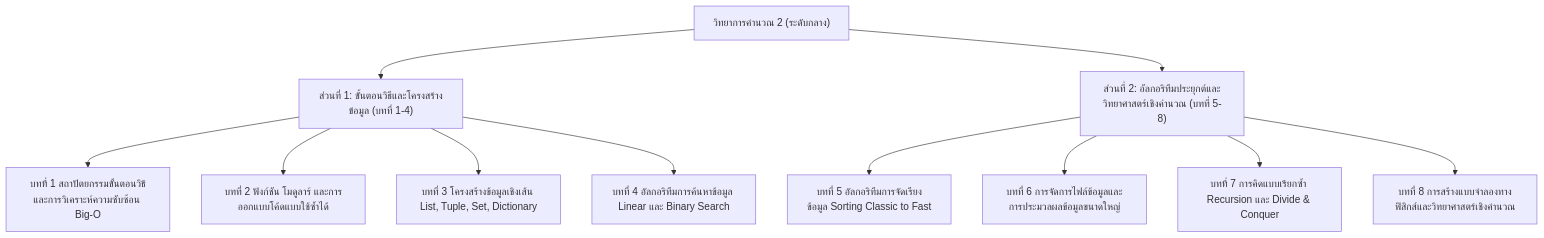
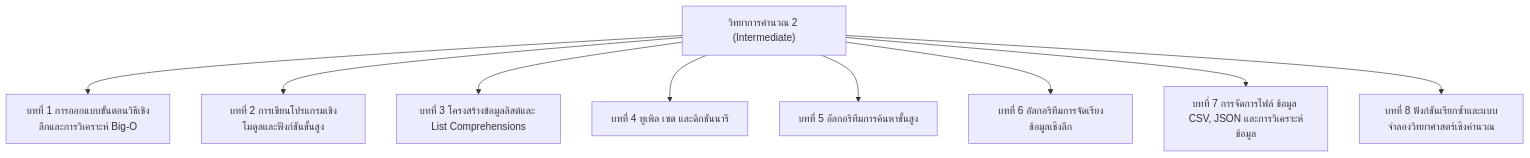
One commit to Tsanaphy2023/computing-science changed the diagram in book2_computing_science_intermediate.md. Above: the diagram before and after it, drawn with Mermaid. The commit also changed other lines of this file and 7 other files, not shown here.

````diff
--- a/book2_computing_science_intermediate.md
+++ b/book2_computing_science_intermediate.md
@@ -17,15 +30,11 @@
 ```mermaid
 graph TD
-    A["วิทยาการคำนวณ 2 (ระดับกลาง)"] --> B["ส่วนที่ 1: ขั้นตอนวิธีและโครงสร้างข้อมูล (บทที่ 1-4)"]
-    A --> C["ส่วนที่ 2: อัลกอริทึมประยุกต์และวิทยาศาสตร์เชิงคำนวณ (บทที่ 5-8)"]
-    
-    B --> B1["บทที่ 1 สถาปัตยกรรมขั้นตอนวิธีและการวิเคราะห์ความซับซ้อน Big-O"]
-    B --> B2["บทที่ 2 ฟังก์ชัน โมดูลาร์ และการออกแบบโค้ดแบบใช้ซ้ำได้"]
-    B --> B3["บทที่ 3 โครงสร้างข้อมูลเชิงเส้น List, Tuple, Set, Dictionary"]
-    B --> B4["บทที่ 4 อัลกอริทึมการค้นหาข้อมูล Linear และ Binary Search"]
-    
-    C --> C1["บทที่ 5 อัลกอริทึมการจัดเรียงข้อมูล Sorting Classic to Fast"]
-    C --> C2["บทที่ 6 การจัดการไฟล์ข้อมูลและการประมวลผลข้อมูลขนาดใหญ่"]
-    C --> C3["บทที่ 7 การคิดแบบเรียกซ้ำ Recursion และ Divide & Conquer"]
-    C --> C4["บทที่ 8 การสร้างแบบจำลองทางฟิสิกส์และวิทยาศาสตร์เชิงคำนวณ"]
+    B2["วิทยาการคำนวณ 2 (Intermediate)"] --> M1["บทที่ 1 การออกแบบขั้นตอนวิธีเชิงลึกและการวิเคราะห์ Big-O"]
+    B2 --> M2["บทที่ 2 การเขียนโปรแกรมเชิงโมดูลและฟังก์ชันขั้นสูง"]
+    B2 --> M3["บทที่ 3 โครงสร้างข้อมูลลิสต์และ List Comprehensions"]
+    B2 --> M4["บทที่ 4 ทูเพิล เซต และดิกชันนารี"]
+    B2 --> M5["บทที่ 5 อัลกอริทึมการค้นหาขั้นสูง"]
+    B2 --> M6["บทที่ 6 อัลกอริทึมการจัดเรียงข้อมูลเชิงลึก"]
+    B2 --> M7["บทที่ 7 การจัดการไฟล์ ข้อมูล CSV, JSON และการวิเคราะห์ข้อมูล"]
+    B2 --> M8["บทที่ 8 ฟังก์ชันเรียกซ้ำและแบบจำลองวิทยาศาสตร์เชิงคำนวณ"]
 ```
````
